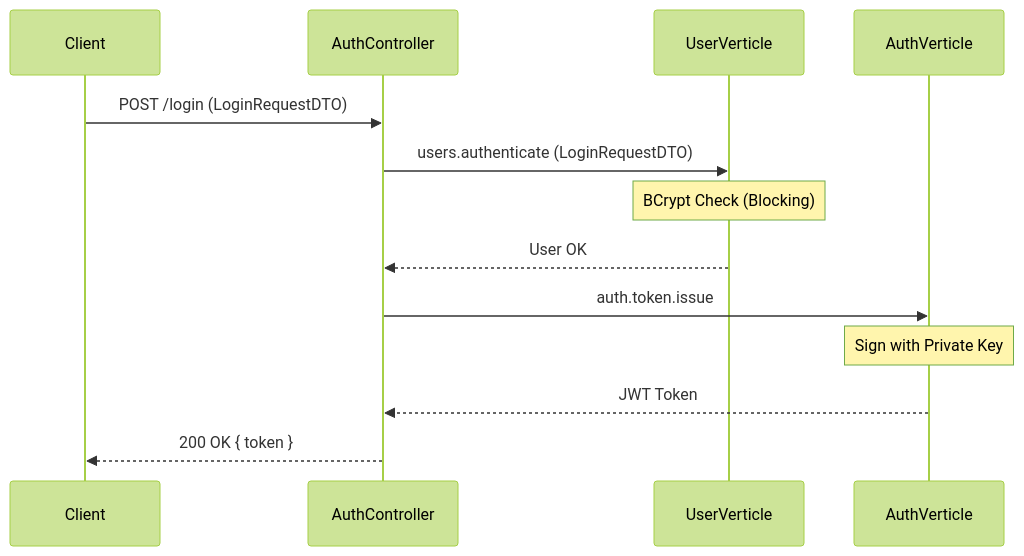
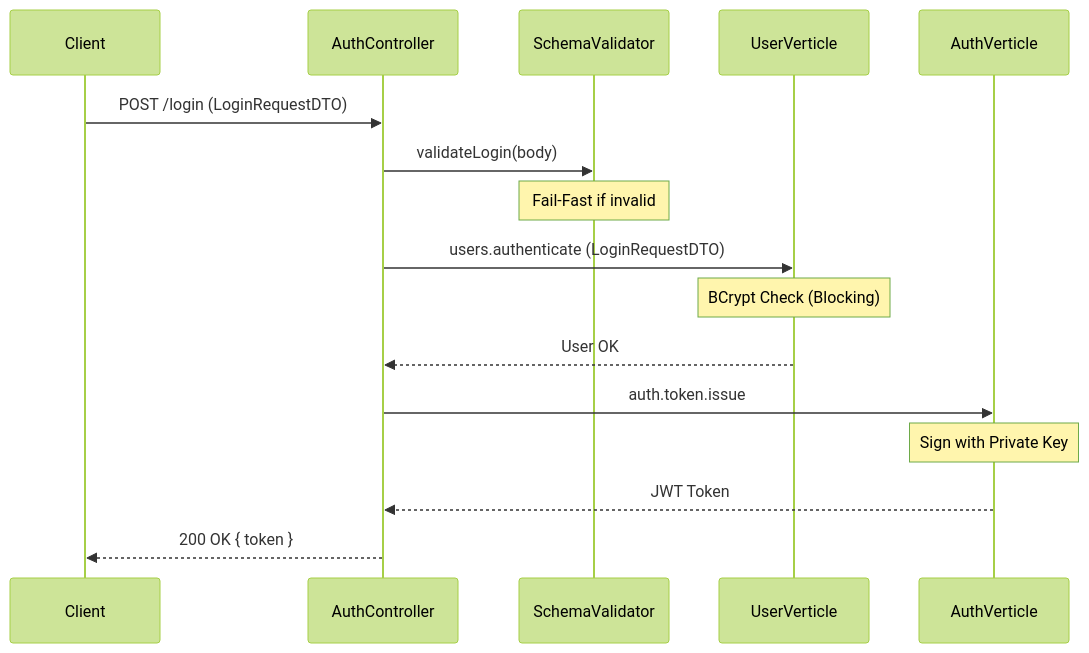
Before and after one commit to ZiadAtari/Reactive_RestAPI: the first of 2 diagrams in Documentation/Systems/Authentication.md, drawn with Mermaid (forest theme). The commit also changed other lines of this file and 27 other files, not shown here.

Commit message:
3.4.0 JSON Schema Validation added

````diff
--- a/Documentation/Systems/Authentication.md
+++ b/Documentation/Systems/Authentication.md
@@ -41,16 +41,19 @@
 ```mermaid
 sequenceDiagram
     participant Client
     participant AuthCtrl as AuthController
+    participant Val as SchemaValidator
     participant UserV as UserVerticle
     participant AuthV as AuthVerticle
 
     Client->>AuthCtrl: POST /login (LoginRequestDTO)
+    AuthCtrl->>Val: validateLogin(body)
+    Note over Val: Fail-Fast if invalid
     AuthCtrl->>UserV: users.authenticate (LoginRequestDTO)
     Note over UserV: BCrypt Check (Blocking)
     UserV-->>AuthCtrl: User OK
     AuthCtrl->>AuthV: auth.token.issue
     Note over AuthV: Sign with Private Key
     AuthV-->>AuthCtrl: JWT Token
     AuthCtrl-->>Client: 200 OK { token }
 ```
````
